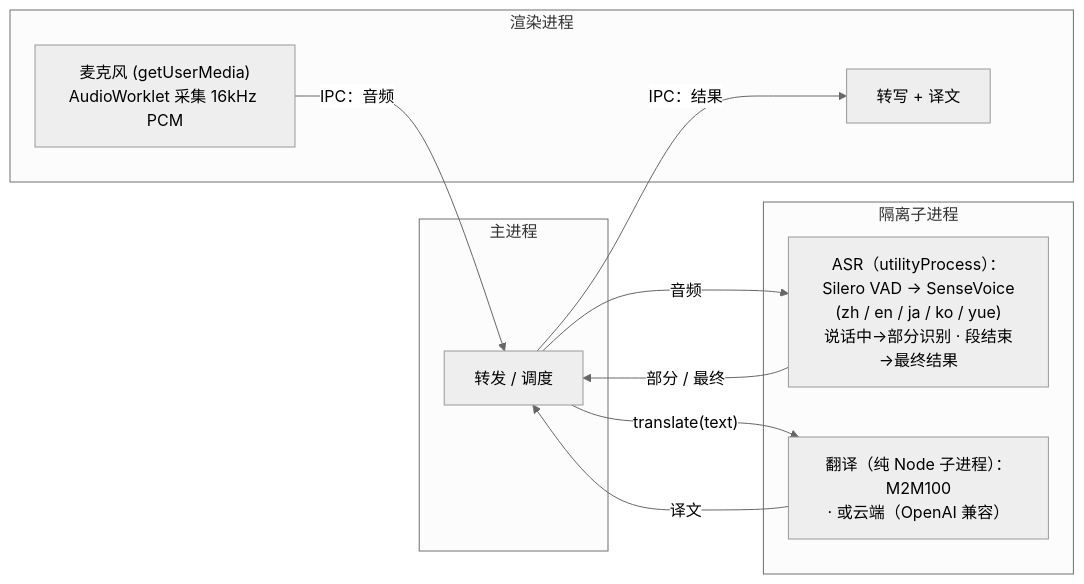
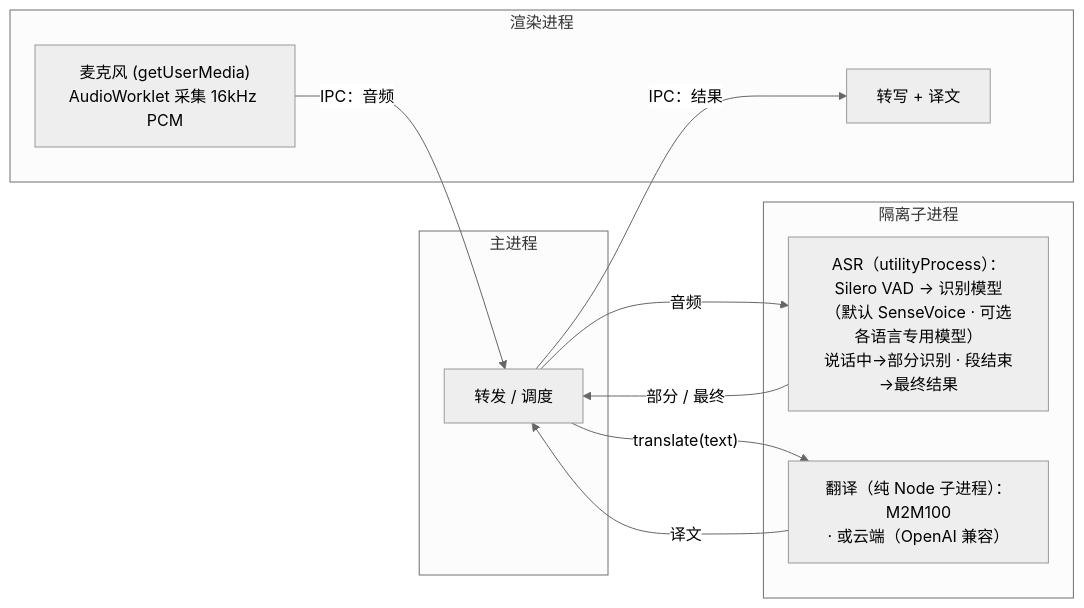
Before and after one commit to baijunjie/realtime-translator: the diagram in README.zh-CN.md, drawn with Mermaid (neutral theme). The commit also changed 4 other files, not shown here.

Commit message:
docs: 架构图 ASR 节点改为多识别模型描述，同步 WASM 说明

````diff
--- a/README.zh-CN.md
+++ b/README.zh-CN.md
@@ -115,20 +115,20 @@
 ```mermaid
 flowchart LR
   subgraph RENDER["渲染进程"]
     MIC["麦克风 (getUserMedia)<br/>AudioWorklet 采集 16kHz PCM"]
     UI["转写 + 译文"]
   end
   subgraph MAIN["主进程"]
     HUB["转发 / 调度"]
   end
   subgraph UTIL["隔离子进程"]
-    ASR["ASR（utilityProcess）：Silero VAD → SenseVoice<br/>(zh / en / ja / ko / yue)<br/>说话中→部分识别 · 段结束→最终结果"]
+    ASR["ASR（utilityProcess）：Silero VAD → 识别模型<br/>（默认 SenseVoice · 可选各语言专用模型）<br/>说话中→部分识别 · 段结束→最终结果"]
     TRANS["翻译（纯 Node 子进程）：M2M100<br/>· 或云端（OpenAI 兼容）"]
   end
   MIC -- "IPC：音频" --> HUB
   HUB -- 音频 --> ASR
   ASR -- "部分 / 最终" --> HUB
   HUB -- "translate(text)" --> TRANS
   TRANS -- 译文 --> HUB
   HUB -- "IPC：结果" --> UI
 ```
````
